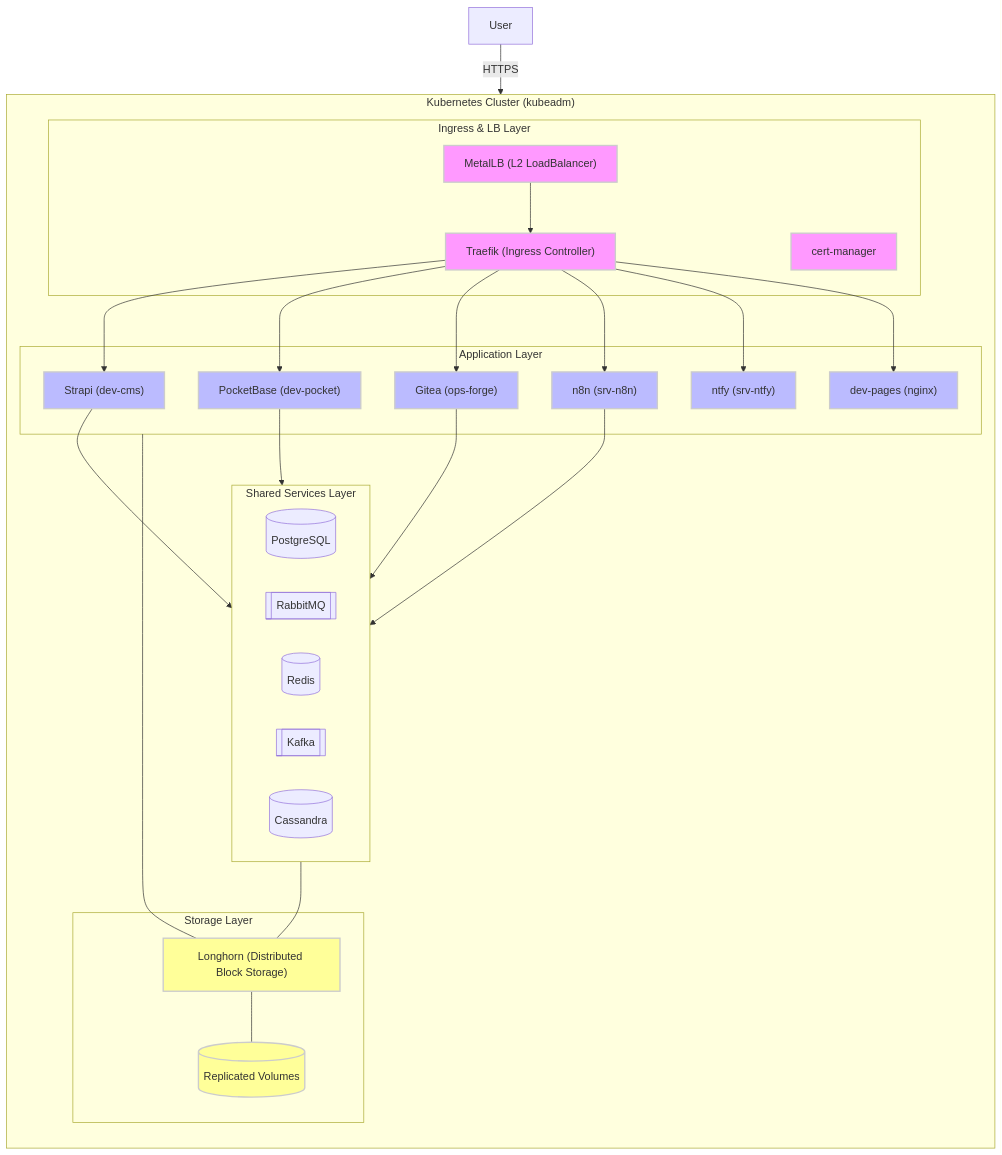
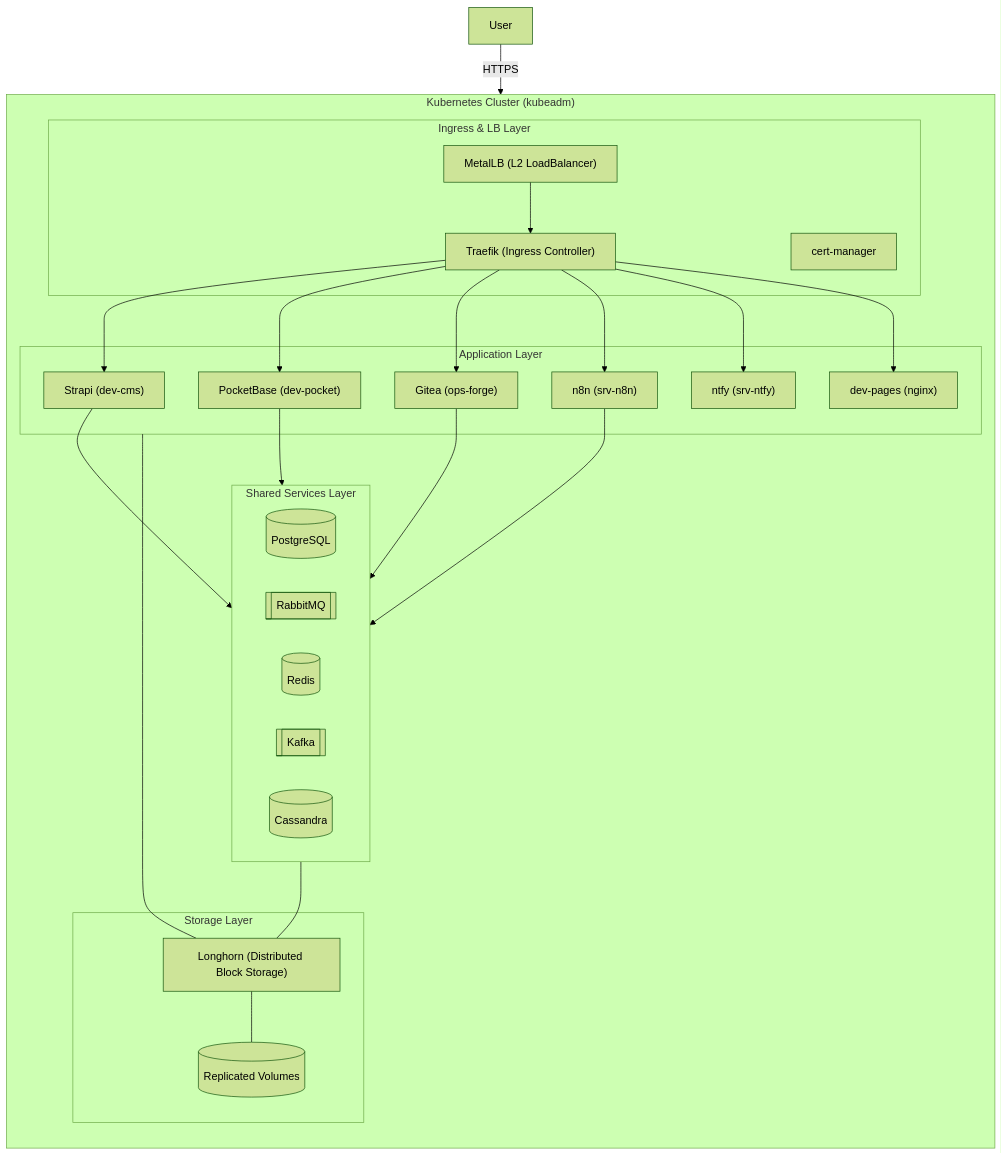
The diagram in README.md (m-spangenberg/homelab), drawn with Mermaid before and after one commit.

Commit message:
chore: Update README with Mermaid diagram configuration and improve cluster visualization

````diff
--- a/README.md
+++ b/README.md
@@ -38,50 +38,47 @@
 ```mermaid
+---
+config:
+  theme: 'forest'
+---
 graph TB
     subgraph K8s_Cluster ["Kubernetes Cluster (kubeadm)"]
         direction TB
         
         subgraph Ingress_Layer ["Ingress & LB Layer"]
             MLB["MetalLB (L2 LoadBalancer)"]
             TRA["Traefik (Ingress Controller)"]
             CM["cert-manager"]
         end
 
         subgraph Storage_Layer ["Storage Layer"]
             LH["Longhorn (Distributed Block Storage)"]
             LH_PVCs[("Replicated Volumes")]
         end
 
         subgraph Shared_Services ["Shared Services Layer"]
             PG[(PostgreSQL)]
             RMQ[[RabbitMQ]]
             RED[(Redis)]
             KFK[[Kafka]]
             CAS[(Cassandra)]
         end
 
         subgraph Apps ["Application Layer"]
             CMS["Strapi (dev-cms)"]
             PKT["PocketBase (dev-pocket)"]
             FORGE["Gitea (ops-forge)"]
             N8N["n8n (srv-n8n)"]
             NTFY["ntfy (srv-ntfy)"]
             DP["dev-pages (nginx)"]
         end
     end
 
     %% Connections
     User -->|HTTPS| MLB
     MLB --> TRA
     TRA --> CMS & PKT & FORGE & N8N & NTFY & DP
     
     CMS & PKT & FORGE & N8N --> Shared_Services
     Shared_Services & Apps --- LH
     LH --- LH_PVCs
-    
-    classDef platform fill:#f9f,stroke:#ccc,stroke-width:2px;
-    classDef storage fill:#ff9,stroke:#ccc,stroke-width:2px;
-    classDef apps fill:#bbf,stroke:#ccc,stroke-width:2px;
-    class MLB,TRA,CM platform;
-    class LH,LH_PVCs storage;
-    class CMS,PKT,FORGE,N8N,NTFY,DP apps;
 ```
````
